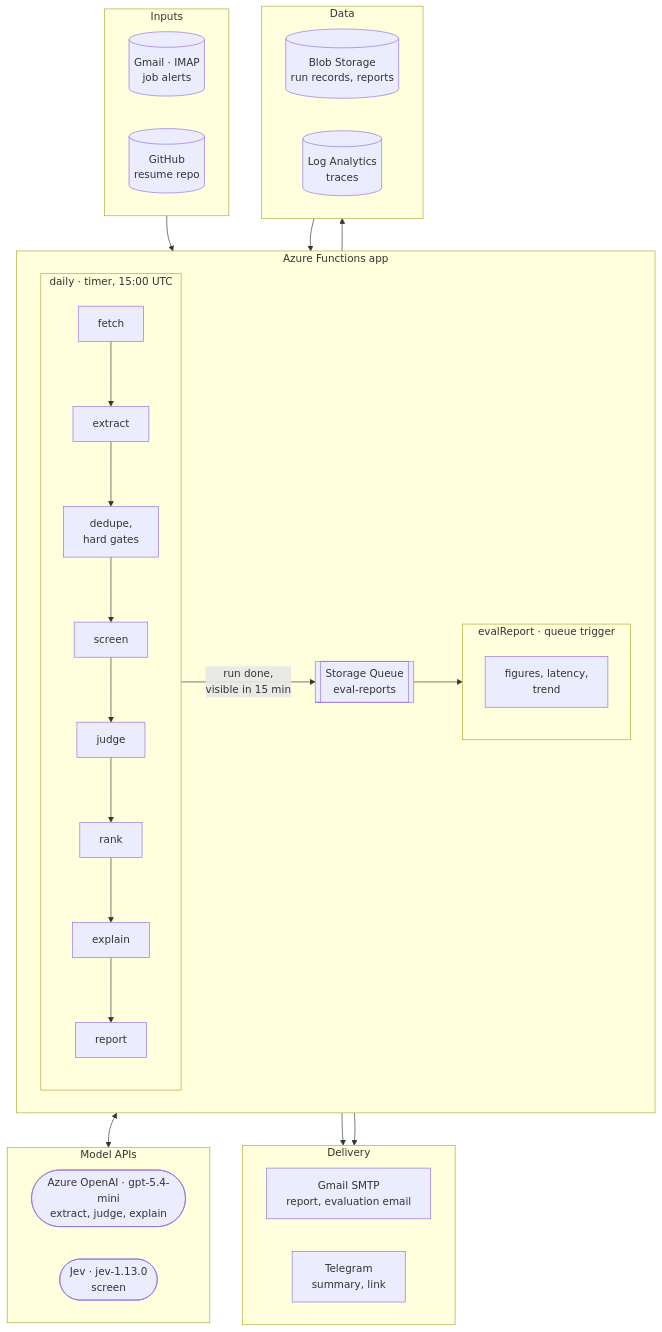
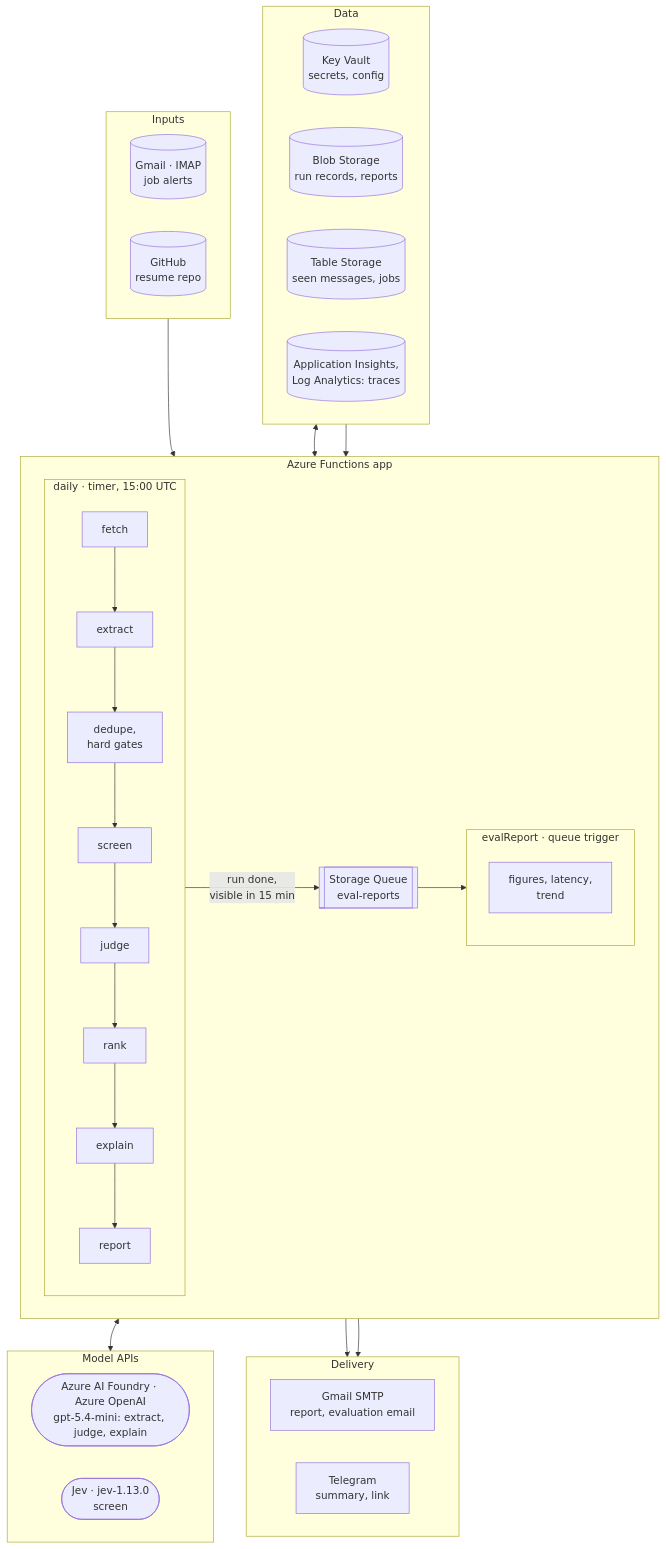
The diagram in README.md (PCBZ/job-scan), drawn with Mermaid before and after one commit. The commit also changed other lines of this file, not shown here.

Commit message:
docs(readme): every stack the project uses, by category; Foundry, Key Vault and Table Storage in the diagram

````diff
--- a/README.md
+++ b/README.md
@@ -29,46 +27,48 @@
 ```mermaid
 flowchart TB
   subgraph inputs [Inputs]
     direction LR
     gmail[(Gmail · IMAP<br/>job alerts)]
     github[(GitHub<br/>resume repo)]
   end
 
   subgraph app [Azure Functions app]
     direction LR
     subgraph daily ["daily · timer, 15:00 UTC"]
       direction TB
       fetch --> extract --> gates[dedupe,<br/>hard gates] --> screen --> judge --> rank --> explain --> report
     end
     queue[[Storage Queue<br/>eval-reports]]
     subgraph evalfn ["evalReport · queue trigger"]
       evaluate[figures, latency,<br/>trend]
     end
     daily -- "run done,<br/>visible in 15 min" --> queue --> evalfn
   end
 
   subgraph apis [Model APIs]
     direction LR
-    openai([Azure OpenAI · gpt-5.4-mini<br/>extract, judge, explain])
+    openai([Azure AI Foundry · Azure OpenAI<br/>gpt-5.4-mini: extract, judge, explain])
     jev([Jev · jev-1.13.0<br/>screen])
   end
 
   subgraph data [Data]
     direction LR
+    vault[(Key Vault<br/>secrets, config)]
     blob[(Blob Storage<br/>run records, reports)]
-    logs[(Log Analytics<br/>traces)]
+    table[(Table Storage<br/>seen messages, jobs)]
+    logs[(Application Insights,<br/>Log Analytics: traces)]
   end
 
   subgraph out [Delivery]
     direction LR
     smtp[Gmail SMTP<br/>report, evaluation email]
     tg[Telegram<br/>summary, link]
   end
 
   inputs --> daily
   daily <--> apis
-  daily --> data
+  data <--> daily
   data --> evalfn
   daily --> out
   evalfn --> out
 ```
````
